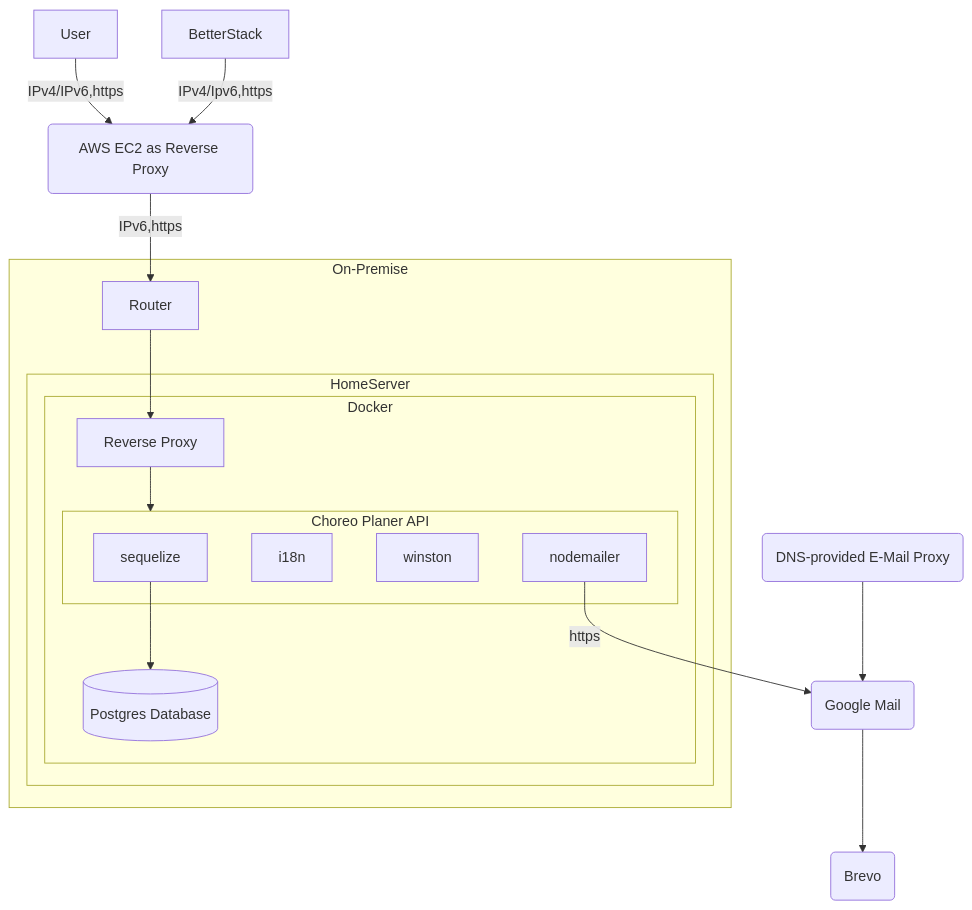
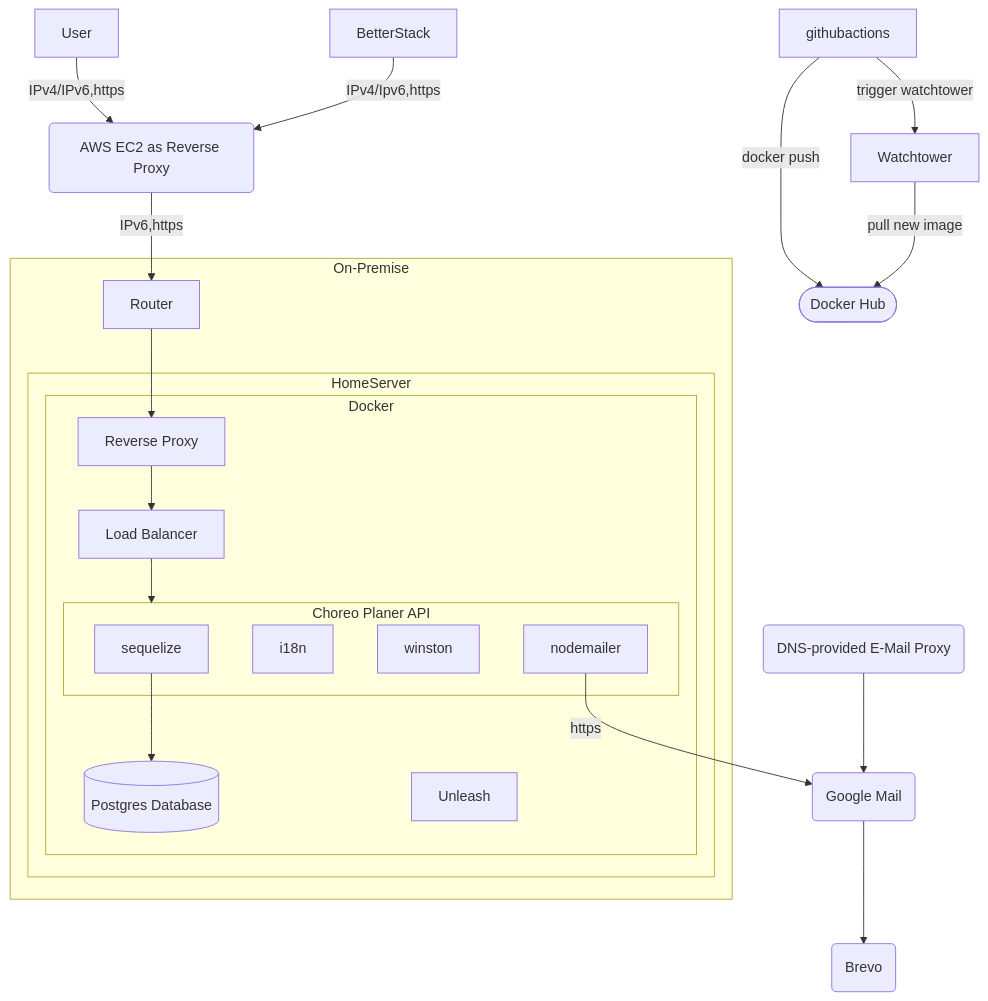
Before and after one commit to andreasnicklaus/cheer-choreo-tool: the diagram in server/README.md, drawn with Mermaid. The commit also changed other lines of this file and 628 other files, not shown here.

````diff
--- a/server/README.md
+++ b/server/README.md
@@ -69,29 +160,33 @@
-<pre class="mermaid">
-
+```mermaid
 graph
   User --IPv4/IPv6,https--> aws(AWS EC2 as Reverse Proxy)
   aws --IPv6,https--> Router
 
   BetterStack --IPv4/Ipv6,https--> aws
 
   subgraph On-Premise
     Router --> ReverseProxy
     subgraph HomeServer
       subgraph Docker
-        ReverseProxy[Reverse Proxy] --> api
+        ReverseProxy[Reverse Proxy] --> LoadBalancer
+        LoadBalancer[Load Balancer] --> api
         sequelize --> db[(Postgres Database)]
+        Unleash
         subgraph api[Choreo Planer API]
           sequelize
           i18n
           winston
           nodemailer
         end
       end
     end
   end
 
   nodemailer --https--> GoogleMail(Google Mail)
   mailProxy(DNS-provided E-Mail Proxy) --> GoogleMail
   GoogleMail --> Brevo(Brevo)
 
-</pre>
+  githubactions --docker push--> dockerhub([Docker Hub])
+  githubactions --trigger watchtower--> Watchtower[Watchtower]
+  Watchtower --pull new image--> dockerhub
+```
````
